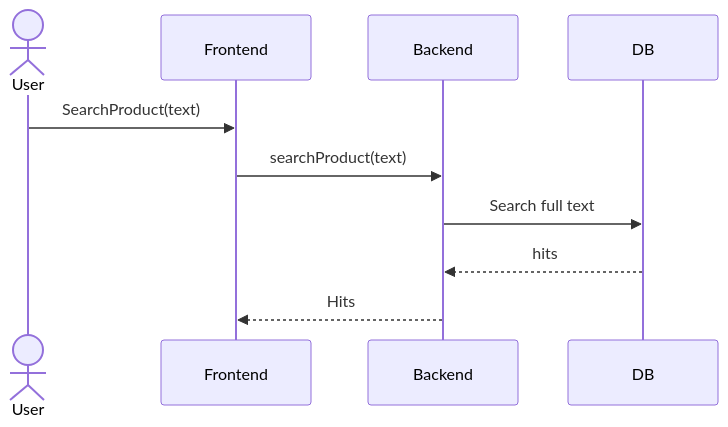
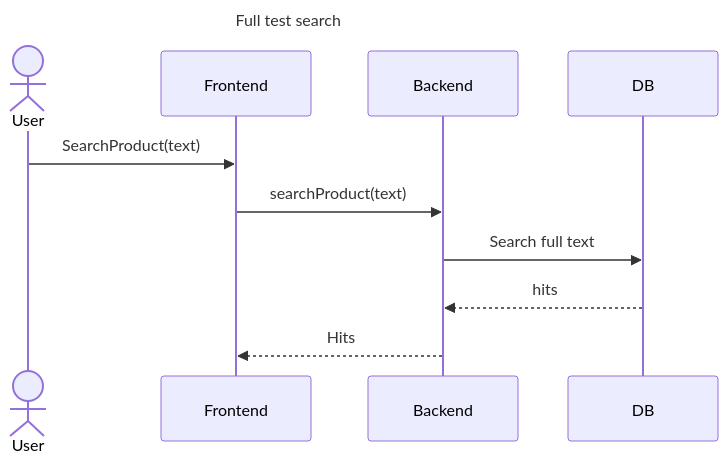
One commit to stephane-segning/compustore changed the first of 7 diagrams in docs/architecture.md. Above: the diagram before and after it, drawn with Mermaid. The commit also changed other lines of this file and 6 other files, not shown here.

Commit message:
Update: added uml sequence diagrams and links to some useful applications

````diff
--- a/docs/architecture.md
+++ b/docs/architecture.md
@@ -80,9 +86,10 @@
 ```mermaid
 sequenceDiagram
+    title Full test search
     actor User
     User->>Frontend: SearchProduct(text)
     Frontend->>Backend: searchProduct(text)
     Backend->>DB: Search full text
     DB-->>Backend: hits
     Backend-->>Frontend: Hits
 ```
````
